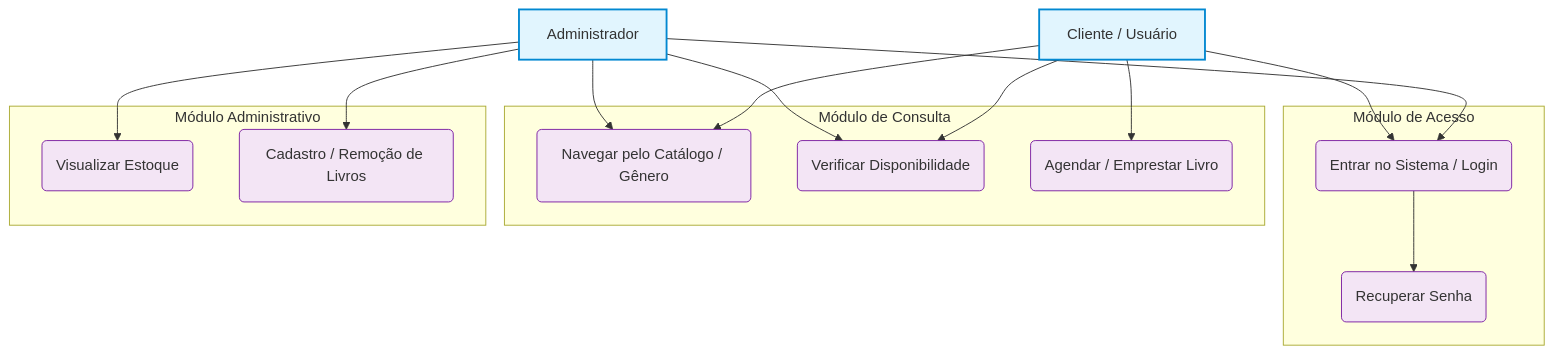
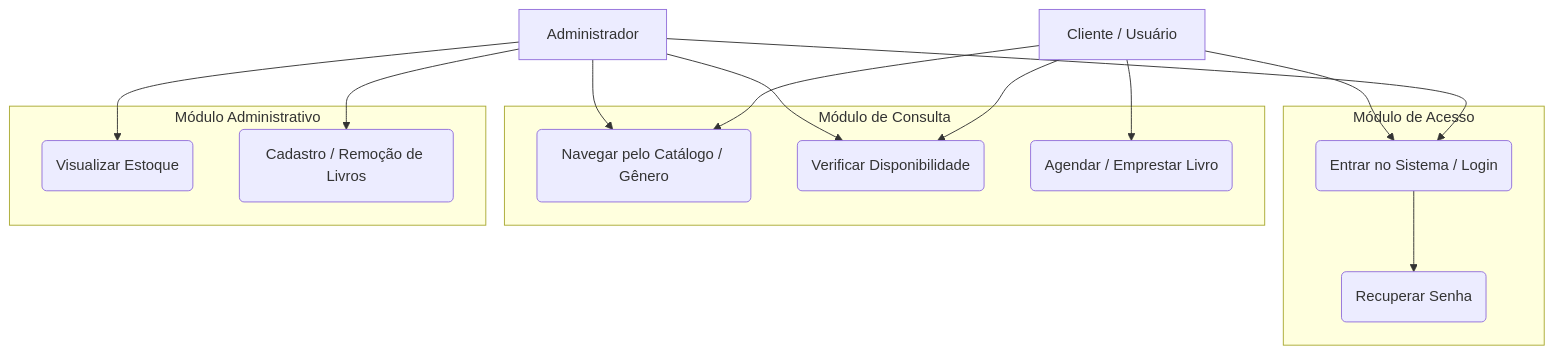
The diagram in README.md (leonardo291027/Blibliotecs), drawn with Mermaid before and after one commit.

Commit message:
Refactor use case diagram in README.md

````diff
--- a/README.md
+++ b/README.md
@@ -37,40 +37,35 @@
 ```mermaid
 graph TD
-    classDef actor fill:#e1f5fe,stroke:#0288d1,stroke-width:2px;
-    classDef usecase fill:#f3e5f5,stroke:#7b1fa2,stroke-width:1px;
-
-    Admin[Administrador]:::actor
-    User[Cliente / Usuário]:::actor
+    Admin[Administrador]
+    User[Cliente / Usuário]
 
     subgraph Módulo de Acesso
-        UC_Login(Entrar no Sistema / Login):::usecase
-        UC_Recuperar(Recuperar Senha):::usecase
+        UC_Login(Entrar no Sistema / Login)
+        UC_Recuperar(Recuperar Senha)
     end
 
     subgraph Módulo de Consulta
-        UC_Catalogo(Navegar pelo Catálogo / Gênero):::usecase
-        UC_Disp(Verificar Disponibilidade):::usecase
-        UC_Agendar(Agendar / Emprestar Livro):::usecase
+        UC_Catalogo(Navegar pelo Catálogo / Gênero)
+        UC_Disp(Verificar Disponibilidade)
+        UC_Agendar(Agendar / Emprestar Livro)
     end
 
     subgraph Módulo Administrativo
-        UC_Estoque(Visualizar Estoque):::usecase
-        UC_Cadastro(Cadastro / Remoção de Livros):::usecase
+        UC_Estoque(Visualizar Estoque)
+        UC_Cadastro(Cadastro / Remoção de Livros)
     end
 
     Admin --> UC_Login
     User --> UC_Login
     UC_Login --> UC_Recuperar
 
     User --> UC_Catalogo
     User --> UC_Disp
     User --> UC_Agendar
 
     Admin --> UC_Catalogo
     Admin --> UC_Disp
     Admin --> UC_Estoque
     Admin --> UC_Cadastro
 
-
-
 ```
````
